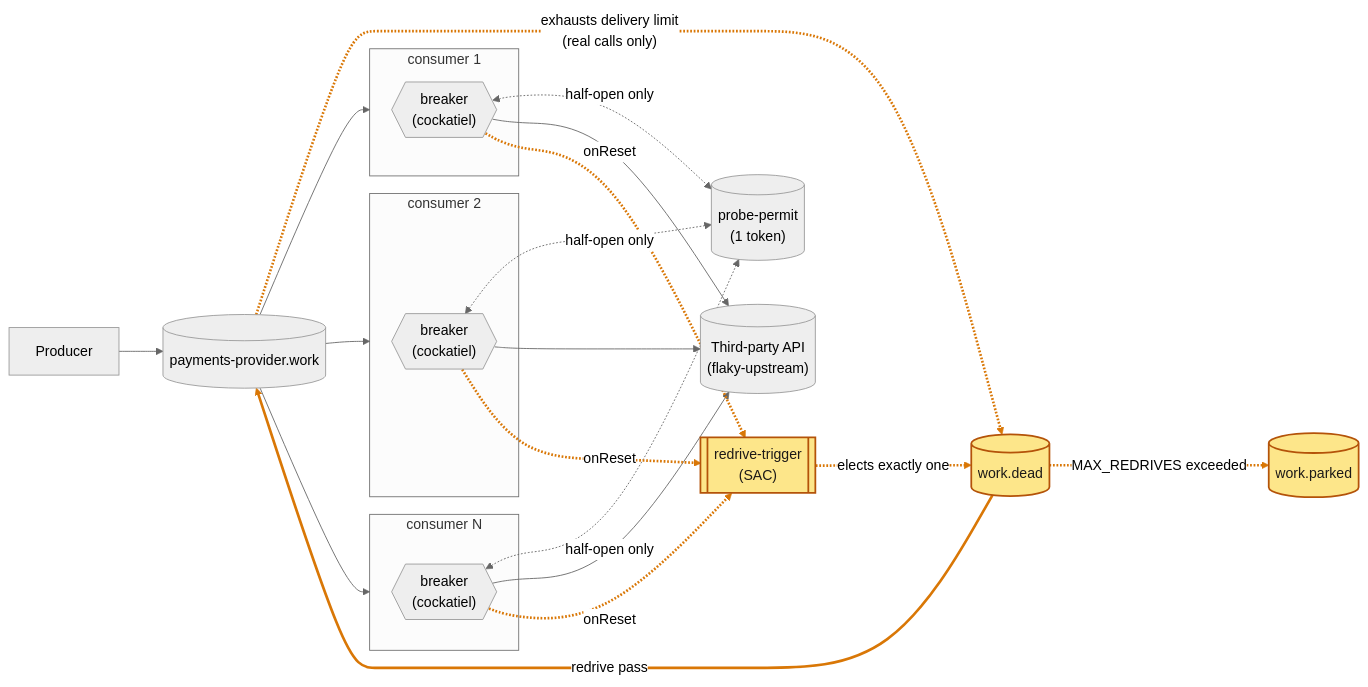
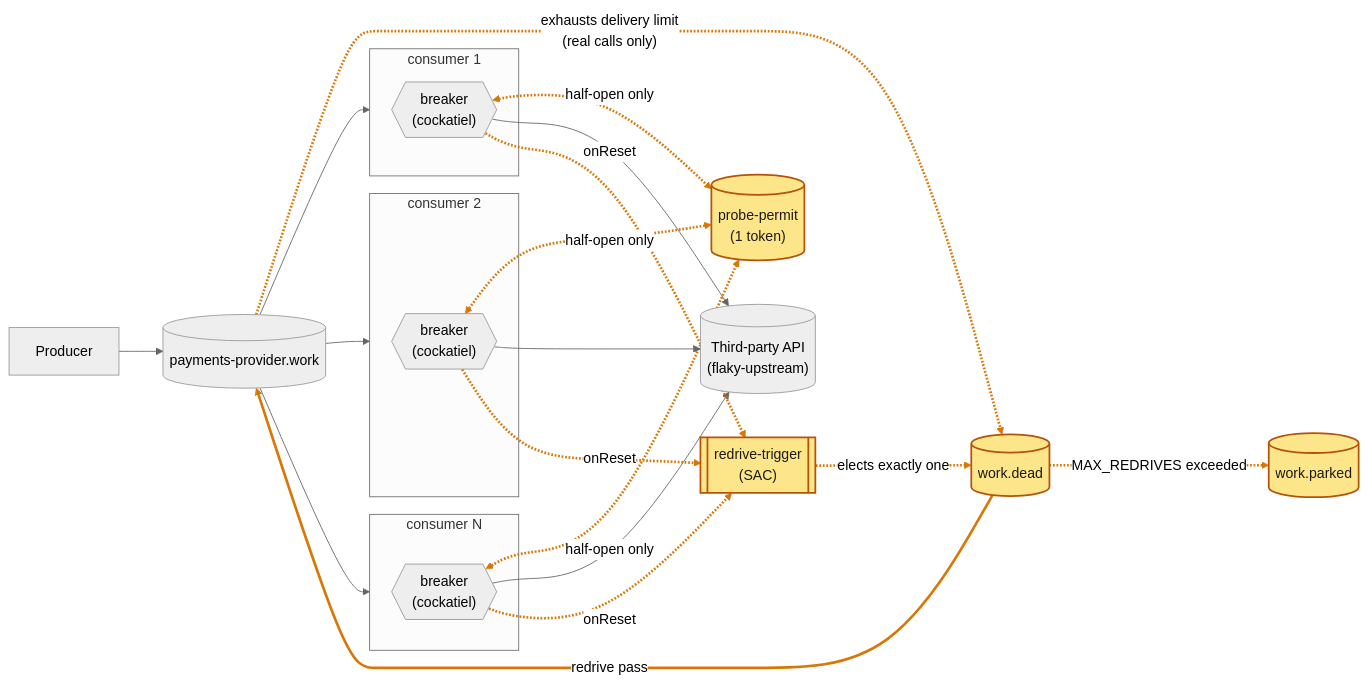
One commit to lsfera/circuit-breaker-unboxing changed the diagram in README.md. Above: the diagram before and after it, drawn with Mermaid (neutral theme). The commit also changed other lines of this file and 4 other files, not shown here.

First line of the commit message:
Merge the probe permit and the dead-letter redrive into article 3

````diff
--- a/README.md
+++ b/README.md
@@ -13,36 +20,36 @@
 ```mermaid
 flowchart LR
   producer["Producer"] --> queue[("payments-provider.work")]
   permit[("probe-permit\n(1 token)")]
   dead[("work.dead")]
   parked[("work.parked")]
   rtrigger[["redrive-trigger\n(SAC)"]]
   subgraph c1["consumer 1"]
     b1{{"breaker\n(cockatiel)"}}
   end
   subgraph c2["consumer 2"]
     b2{{"breaker\n(cockatiel)"}}
   end
   subgraph c3["consumer N"]
     b3{{"breaker\n(cockatiel)"}}
   end
   queue --> c1
   queue --> c2
   queue --> c3
   b1 <-.->|"half-open only"| permit
   b2 <-.->|"half-open only"| permit
   b3 <-.->|"half-open only"| permit
   b1 --> api[("Third-party API\n(flaky-upstream)")]
   b2 --> api
   b3 --> api
   queue -.->|"exhausts delivery limit\n(real calls only)"| dead
   b1 -.->|"onReset"| rtrigger
   b2 -.->|"onReset"| rtrigger
   b3 -.->|"onReset"| rtrigger
   rtrigger -.->|"elects exactly one"| dead
   dead -->|"redrive pass"| queue
   dead -.->|"MAX_REDRIVES exceeded"| parked
   classDef new fill:#fde68a,stroke:#b45309,stroke-width:2px,color:#1c1917
-  class dead,parked,rtrigger new
-  linkStyle 10,11,12,13,14,15,16 stroke:#d97706,stroke-width:3px
+  class permit,dead,parked,rtrigger new
+  linkStyle 4,5,6,10,11,12,13,14,15,16 stroke:#d97706,stroke-width:3px
 ```
````
